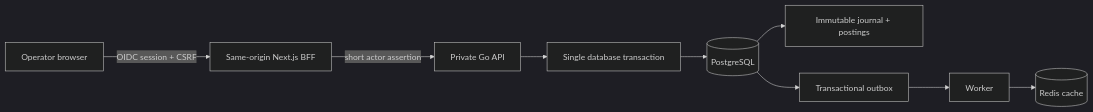
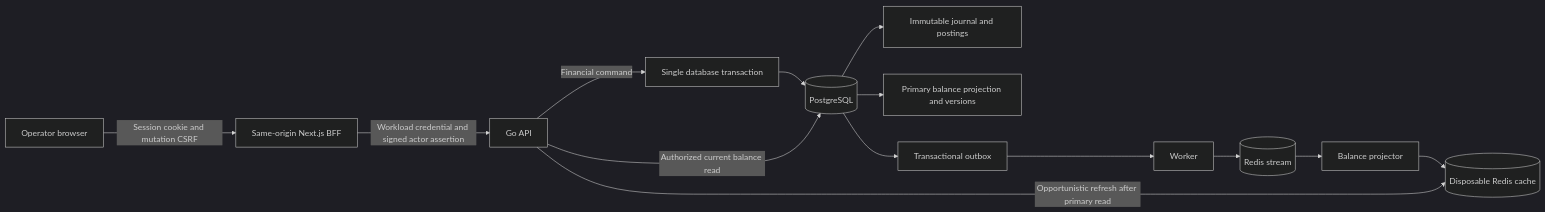
One commit to painjanevivek/LedgerSync changed the diagram in docs/architecture.md. Above: the diagram before and after it, drawn with Mermaid (dark theme). The commit also changed other lines of this file and 736 other files, not shown here.

````diff
--- a/docs/architecture.md
+++ b/docs/architecture.md
@@ -7,11 +12,16 @@
 ```mermaid
 flowchart LR
-  Browser[Operator browser] -->|OIDC session + CSRF| BFF[Same-origin Next.js BFF]
-  BFF -->|short actor assertion| API[Private Go API]
-  API --> TX[Single database transaction]
+  Browser[Operator browser] -->|Session cookie and mutation CSRF| BFF[Same-origin Next.js BFF]
+  BFF -->|Workload credential and signed actor assertion| API[Go API]
+  API -->|Financial command| TX[Single database transaction]
   TX --> PG[(PostgreSQL)]
-  PG --> L[Immutable journal + postings]
+  API -->|Authorized current balance read| PG
+  PG --> L[Immutable journal and postings]
+  PG --> P[Primary balance projection and versions]
   PG --> O[Transactional outbox]
   O --> W[Worker]
-  W --> R[(Redis cache)]
+  W --> S[(Redis stream)]
+  S --> C[Balance projector]
+  C --> R[(Disposable Redis cache)]
+  API -->|Opportunistic refresh after primary read| R
 ```
````
